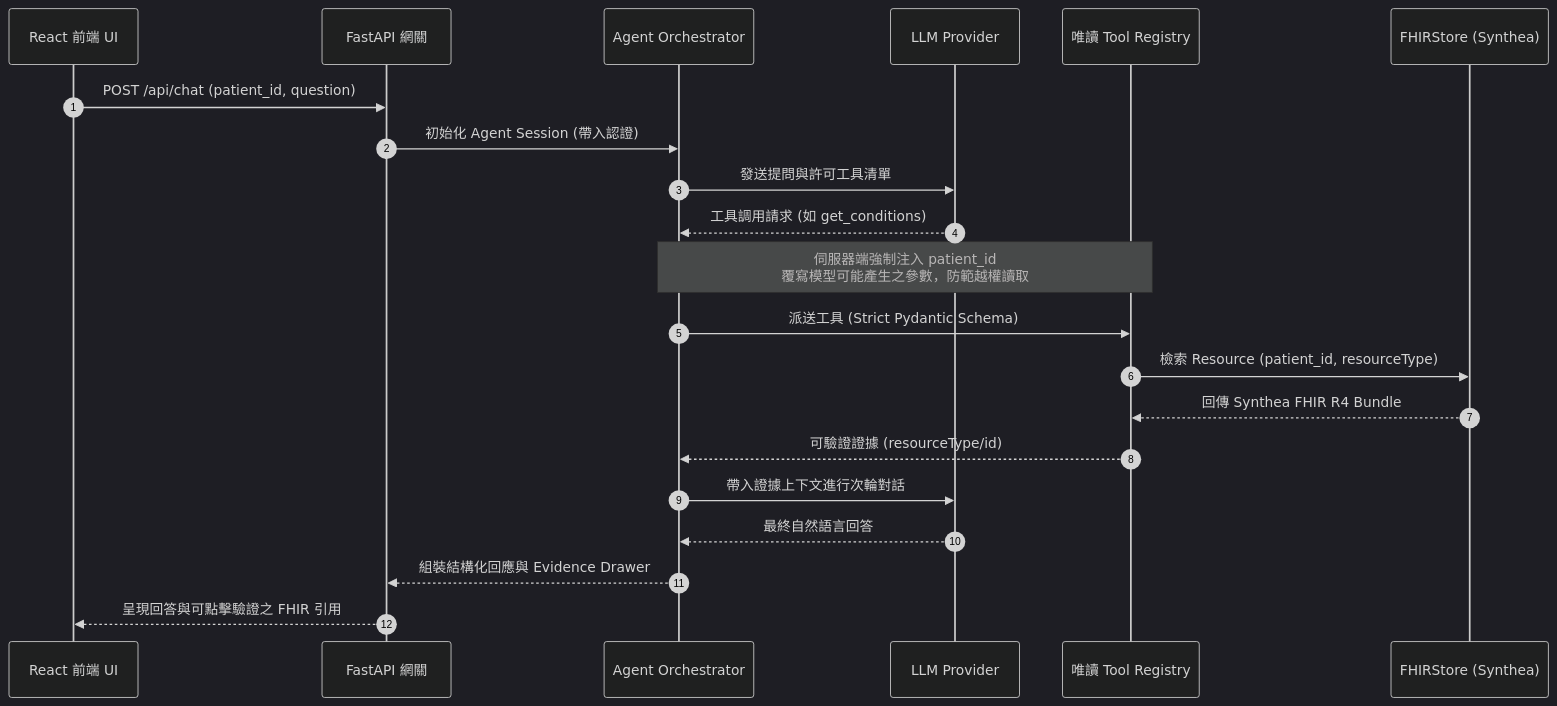
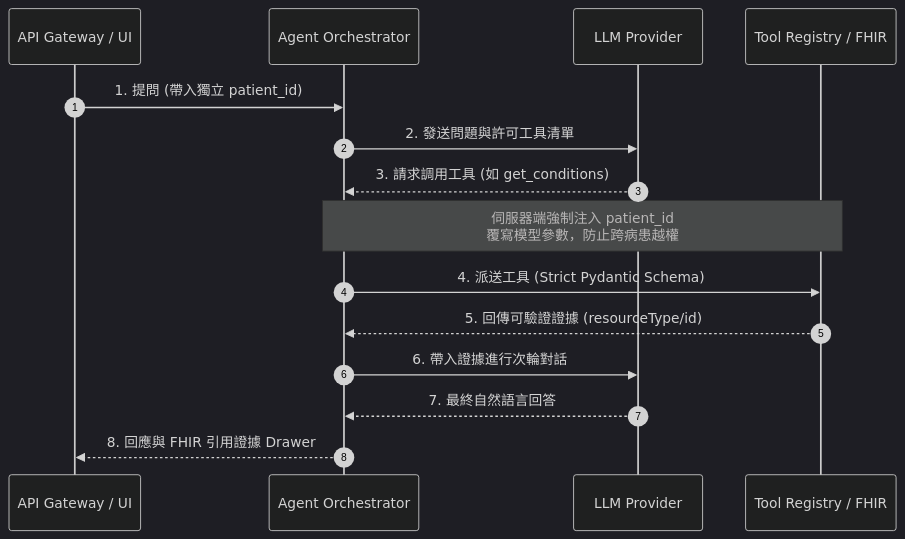
One commit to kuotunyu/fhir-care-copilot changed the diagram in README.md. Above: the diagram before and after it, drawn with Mermaid (dark theme).

Commit message:
docs: optimize sequence diagram participants to enlarge font size

````diff
--- a/README.md
+++ b/README.md
@@ -30,24 +30,18 @@
 ```mermaid
 sequenceDiagram
     autonumber
-    participant UI as React 前端 UI
-    participant Gateway as FastAPI 網關
-    participant Orchestrator as Agent Orchestrator
+    participant App as API Gateway / UI
+    participant Agent as Agent Orchestrator
     participant Model as LLM Provider
-    participant Tools as 唯讀 Tool Registry
-    participant FHIR as FHIRStore (Synthea)
+    participant Tools as Tool Registry / FHIR
 
-    UI->>Gateway: POST /api/chat (patient_id, question)
-    Gateway->>Orchestrator: 初始化 Agent Session (帶入認證)
-    Orchestrator->>Model: 發送提問與許可工具清單
-    Model-->>Orchestrator: 工具調用請求 (如 get_conditions)
-    Note over Orchestrator,Tools: 伺服器端強制注入 patient_id<br/>覆寫模型可能產生之參數，防範越權讀取
-    Orchestrator->>Tools: 派送工具 (Strict Pydantic Schema)
-    Tools->>FHIR: 檢索 Resource (patient_id, resourceType)
-    FHIR-->>Tools: 回傳 Synthea FHIR R4 Bundle
-    Tools-->>Orchestrator: 可驗證證據 (resourceType/id)
-    Orchestrator->>Model: 帶入證據上下文進行次輪對話
-    Model-->>Orchestrator: 最終自然語言回答
-    Orchestrator-->>Gateway: 組裝結構化回應與 Evidence Drawer
-    Gateway-->>UI: 呈現回答與可點擊驗證之 FHIR 引用
+    App->>Agent: 1. 提問 (帶入獨立 patient_id)
+    Agent->>Model: 2. 發送問題與許可工具清單
+    Model-->>Agent: 3. 請求調用工具 (如 get_conditions)
+    Note over Agent,Tools: 伺服器端強制注入 patient_id<br/>覆寫模型參數，防止跨病患越權
+    Agent->>Tools: 4. 派送工具 (Strict Pydantic Schema)
+    Tools-->>Agent: 5. 回傳可驗證證據 (resourceType/id)
+    Agent->>Model: 6. 帶入證據進行次輪對話
+    Model-->>Agent: 7. 最終自然語言回答
+    Agent-->>App: 8. 回應與 FHIR 引用證據 Drawer
 ```
````
